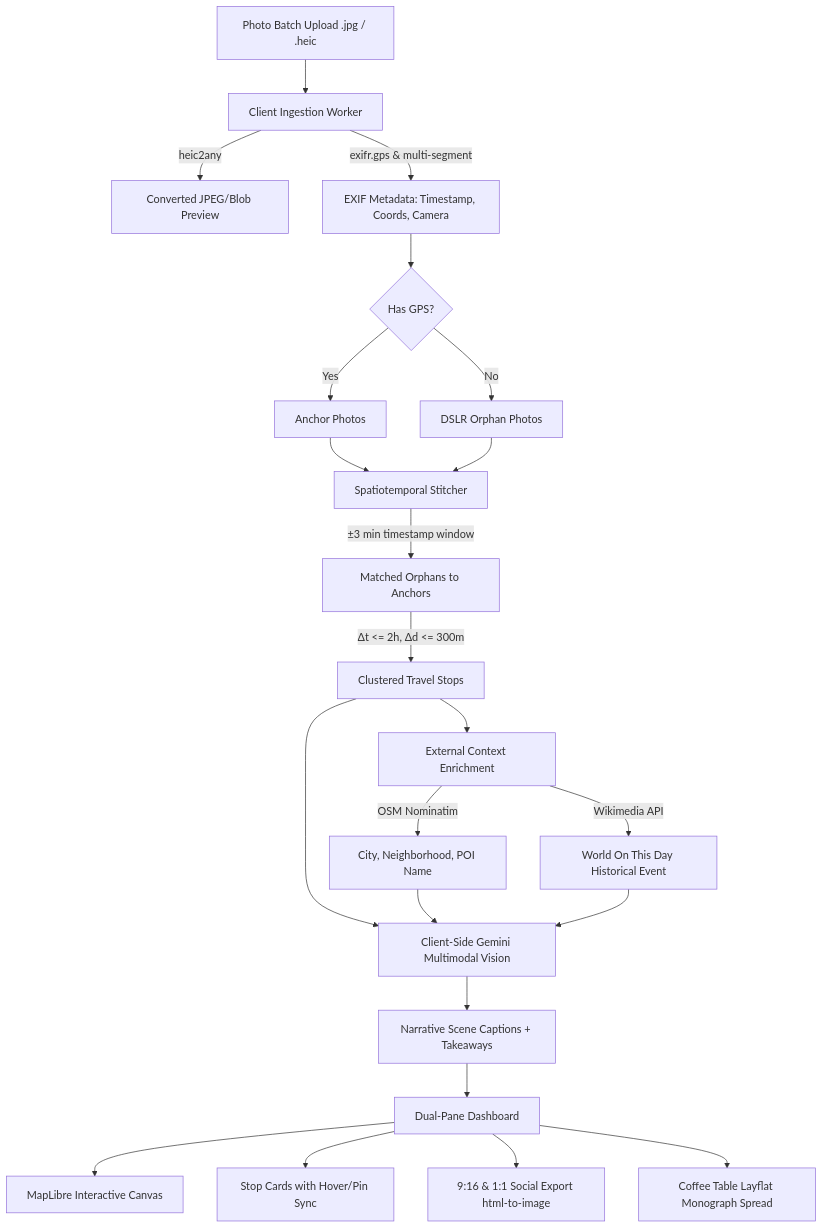
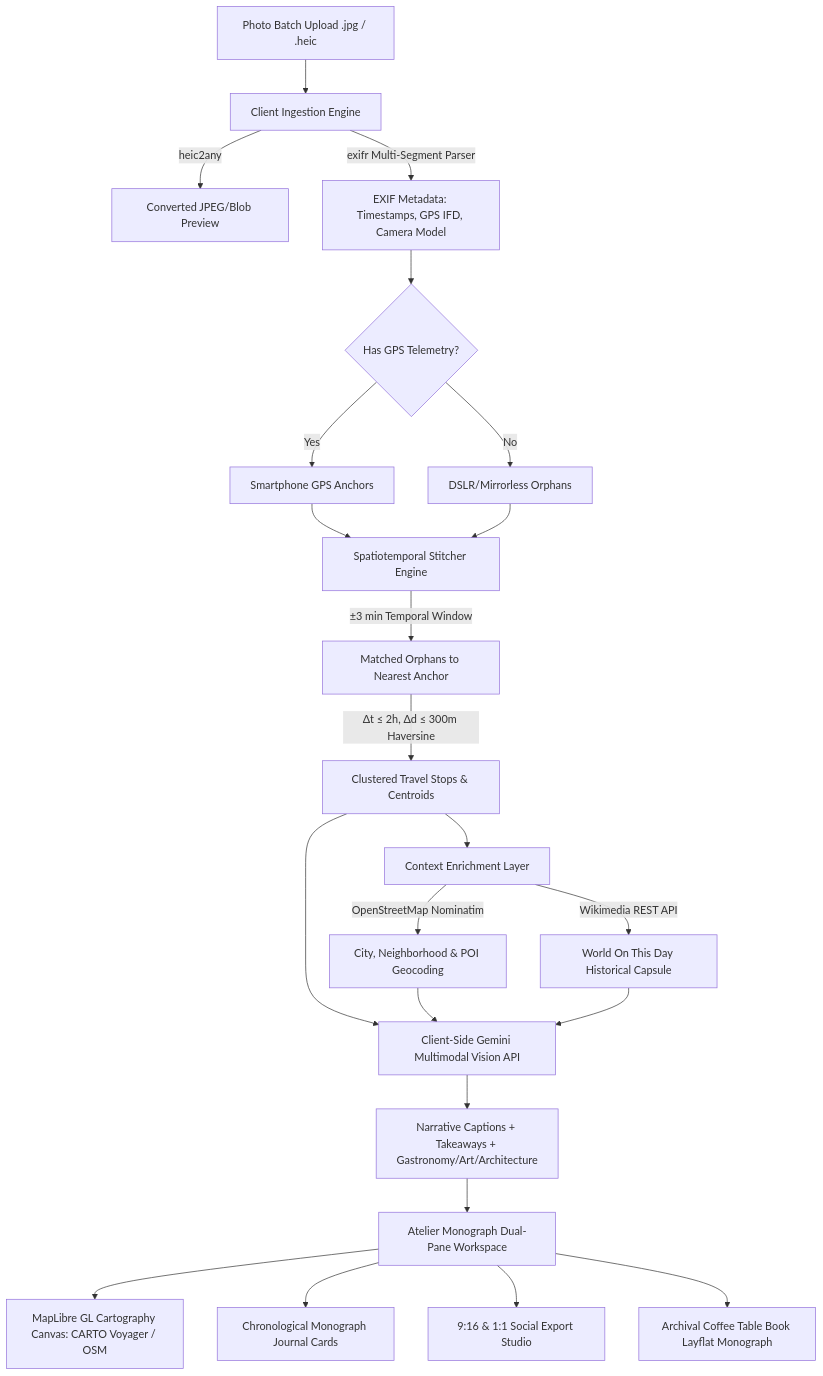
The diagram in README.md (liploan/EpiLog), drawn with Mermaid before and after one commit. The commit also changed other lines of this file and 8 other files, not shown here.

Commit message:
feat(design): implement Atelier Monograph design system and update documentation

````diff
--- a/README.md
+++ b/README.md
@@ -61,27 +73,27 @@
 ```mermaid
 flowchart TD
-    A[Photo Batch Upload .jpg / .heic] --> B[Client Ingestion Worker]
+    A[Photo Batch Upload .jpg / .heic] --> B[Client Ingestion Engine]
     B -->|heic2any| C[Converted JPEG/Blob Preview]
-    B -->|exifr.gps & multi-segment| D[EXIF Metadata: Timestamp, Coords, Camera]
+    B -->|exifr Multi-Segment Parser| D[EXIF Metadata: Timestamps, GPS IFD, Camera Model]
     
-    D --> E{Has GPS?}
-    E -->|Yes| F[Anchor Photos]
-    E -->|No| G[DSLR Orphan Photos]
+    D --> E{Has GPS Telemetry?}
+    E -->|Yes| F[Smartphone GPS Anchors]
+    E -->|No| G[DSLR/Mirrorless Orphans]
     
-    F & G --> H[Spatiotemporal Stitcher]
-    H -->|±3 min timestamp window| I[Matched Orphans to Anchors]
-    I -->|Δt <= 2h, Δd <= 300m| J[Clustered Travel Stops]
+    F & G --> H[Spatiotemporal Stitcher Engine]
+    H -->|±3 min Temporal Window| I[Matched Orphans to Nearest Anchor]
+    I -->|Δt ≤ 2h, Δd ≤ 300m Haversine| J[Clustered Travel Stops & Centroids]
     
-    J --> K[External Context Enrichment]
-    K -->|OSM Nominatim| L[City, Neighborhood, POI Name]
-    K -->|Wikimedia API| M[World On This Day Historical Event]
+    J --> K[Context Enrichment Layer]
+    K -->|OpenStreetMap Nominatim| L[City, Neighborhood & POI Geocoding]
+    K -->|Wikimedia REST API| M[World On This Day Historical Capsule]
     
-    J & L & M --> N[Client-Side Gemini Multimodal Vision]
-    N --> O[Narrative Scene Captions + Takeaways]
+    J & L & M --> N[Client-Side Gemini Multimodal Vision API]
+    N --> O[Narrative Captions + Takeaways + Gastronomy/Art/Architecture]
     
-    O --> P[Dual-Pane Dashboard]
-    P --> Q[MapLibre Interactive Canvas]
-    P --> R[Stop Cards with Hover/Pin Sync]
-    P --> S[9:16 & 1:1 Social Export html-to-image]
-    P --> T[Coffee Table Layflat Monograph Spread]
+    O --> P[Atelier Monograph Dual-Pane Workspace]
+    P --> Q[MapLibre GL Cartography Canvas: CARTO Voyager / OSM]
+    P --> R[Chronological Monograph Journal Cards]
+    P --> S[9:16 & 1:1 Social Export Studio]
+    P --> T[Archival Coffee Table Book Layflat Monograph]
 ```
````
